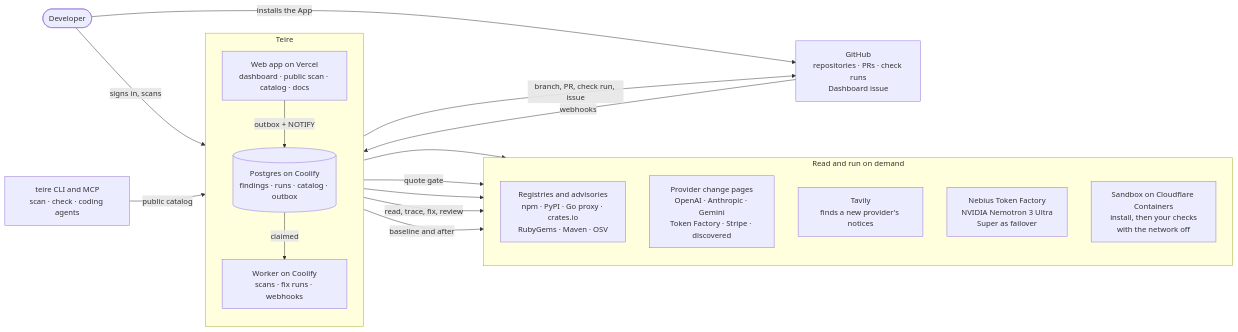
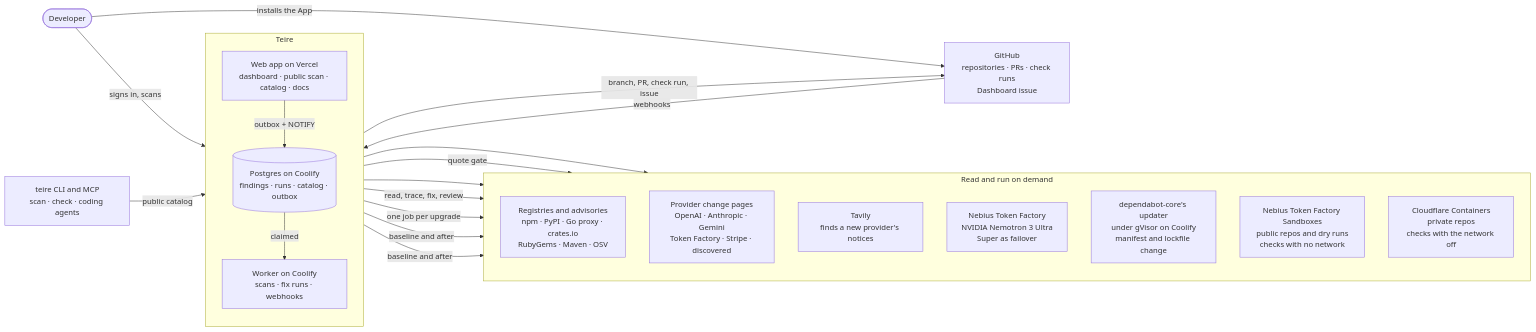
The diagram in .github/diagrams/readme-system.mmd (teire-dev/teire), drawn with Mermaid before and after one commit. The commit also changed 13 other files, not shown here.

Commit message:
README and system diagram: dependabot-core's updater, Token Factory Sandboxes for public repositories, the first live resolver PR (serve-handler#10), limits updated

```diff
--- a/.github/diagrams/readme-system.mmd
+++ b/.github/diagrams/readme-system.mmd
@@ -1,31 +1,35 @@
 flowchart LR
   dev([Developer])
   cli["teire CLI and MCP<br/>scan · check · coding agents"]
   gh["GitHub<br/>repositories · PRs · check runs<br/>Dashboard issue"]
   subgraph teire["Teire"]
     direction TB
     web["Web app on Vercel<br/>dashboard · public scan · catalog · docs"]
     db[("Postgres on Coolify<br/>findings · runs · catalog · outbox")]
     worker["Worker on Coolify<br/>scans · fix runs · webhooks"]
     web -->|"outbox + NOTIFY"| db
     db -->|claimed| worker
   end
   subgraph out["Read and run on demand"]
     direction TB
     reg["Registries and advisories<br/>npm · PyPI · Go proxy · crates.io<br/>RubyGems · Maven · OSV"]
     pages["Provider change pages<br/>OpenAI · Anthropic · Gemini<br/>Token Factory · Stripe · discovered"]
     tavily["Tavily<br/>finds a new provider's notices"]
     tf["Nebius Token Factory<br/>NVIDIA Nemotron 3 Ultra<br/>Super as failover"]
-    sandbox["Sandbox on Cloudflare Containers<br/>install, then your checks<br/>with the network off"]
+    resolver["dependabot-core's updater<br/>under gVisor on Coolify<br/>manifest and lockfile change"]
+    tfsb["Nebius Token Factory Sandboxes<br/>public repos and dry runs<br/>checks with no network"]
+    sandbox["Cloudflare Containers<br/>private repos<br/>checks with the network off"]
   end
 
   dev -->|installs the App| gh
   dev -->|signs in, scans| web
   cli -->|public catalog| web
   gh -->|webhooks| web
   worker -->|"branch, PR, check run, issue"| gh
   worker --> reg
   worker -->|quote gate| pages
   worker --> tavily
   worker -->|"read, trace, fix, review"| tf
-  worker -->|baseline and after| sandbox
+  worker -->|"one job per upgrade"| resolver
+  worker -->|"baseline and after"| tfsb
+  worker -->|"baseline and after"| sandbox
```
